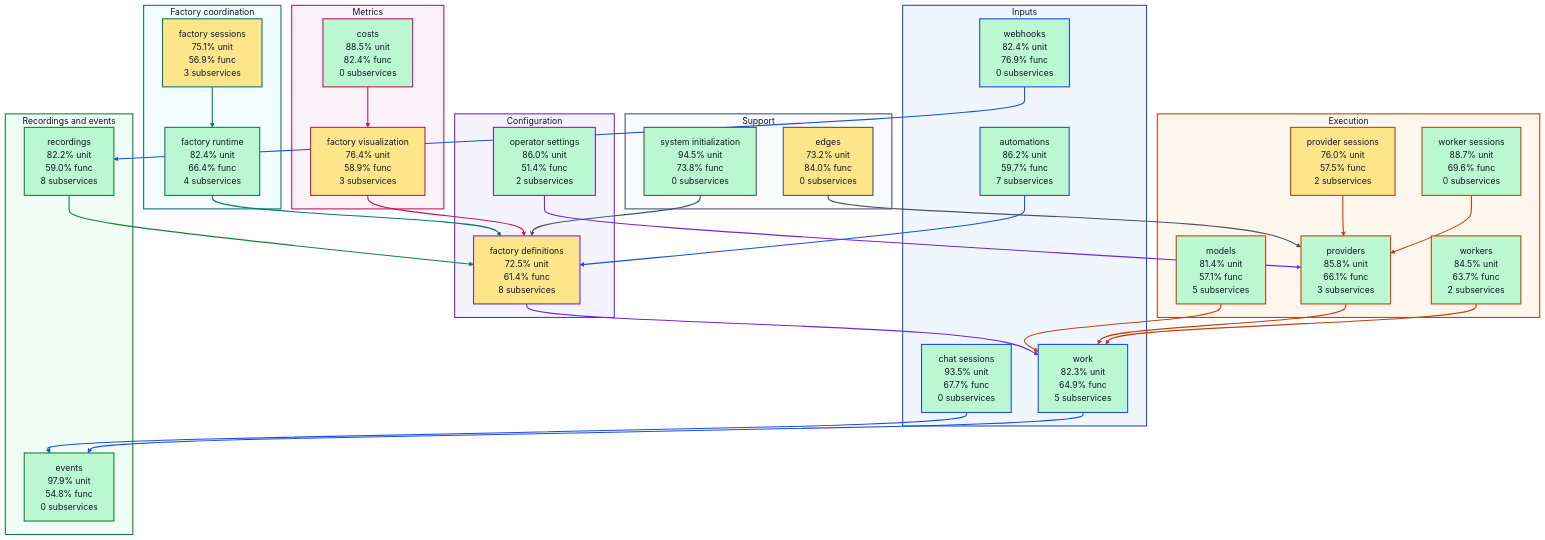
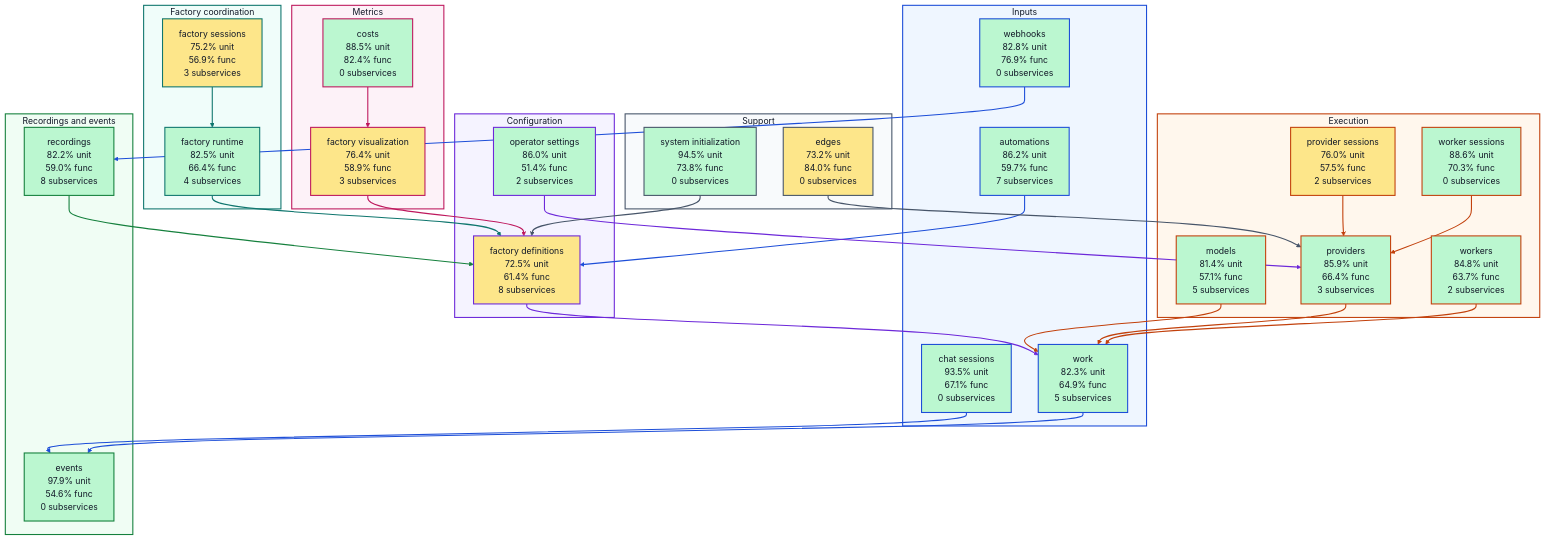
The diagram in docs/architecture/visualizations/high-level-test-coverage.md (portpowered/you-agent-factory), drawn with Mermaid before and after one commit. The commit also changed other lines of this file and 20 other files, not shown here.

Commit message:
docs: refresh backend architecture visualizations

```diff
--- a/docs/architecture/visualizations/high-level-test-coverage.md
+++ b/docs/architecture/visualizations/high-level-test-coverage.md
@@ -12,8 +12,8 @@
 flowchart TB
   subgraph input["Inputs"]
     s_services_automations["automations<br/>86.2% unit<br/>59.7% func<br/>7 subservices"]
-    s_services_chat_sessions["chat sessions<br/>93.5% unit<br/>67.7% func<br/>0 subservices"]
-    s_services_webhooks["webhooks<br/>82.4% unit<br/>76.9% func<br/>0 subservices"]
+    s_services_chat_sessions["chat sessions<br/>93.5% unit<br/>67.1% func<br/>0 subservices"]
+    s_services_webhooks["webhooks<br/>82.8% unit<br/>76.9% func<br/>0 subservices"]
     s_services_work["work<br/>82.3% unit<br/>64.9% func<br/>5 subservices"]
   end
   subgraph configuration["Configuration"]
@@ -21,18 +21,18 @@
     s_services_operator_settings["operator settings<br/>86.0% unit<br/>51.4% func<br/>2 subservices"]
   end
   subgraph coordination["Factory coordination"]
-    s_services_factory_runtime["factory runtime<br/>82.4% unit<br/>66.4% func<br/>4 subservices"]
-    s_services_factory_sessions["factory sessions<br/>75.1% unit<br/>56.9% func<br/>3 subservices"]
+    s_services_factory_runtime["factory runtime<br/>82.5% unit<br/>66.4% func<br/>4 subservices"]
+    s_services_factory_sessions["factory sessions<br/>75.2% unit<br/>56.9% func<br/>3 subservices"]
   end
   subgraph execution["Execution"]
     s_services_models["models<br/>81.4% unit<br/>57.1% func<br/>5 subservices"]
     s_services_provider_sessions["provider sessions<br/>76.0% unit<br/>57.5% func<br/>2 subservices"]
-    s_services_providers["providers<br/>85.8% unit<br/>66.1% func<br/>3 subservices"]
-    s_services_worker_sessions["worker sessions<br/>88.7% unit<br/>69.6% func<br/>0 subservices"]
-    s_services_workers["workers<br/>84.5% unit<br/>63.7% func<br/>2 subservices"]
+    s_services_providers["providers<br/>85.9% unit<br/>66.4% func<br/>3 subservices"]
+    s_services_worker_sessions["worker sessions<br/>88.6% unit<br/>70.3% func<br/>0 subservices"]
+    s_services_workers["workers<br/>84.8% unit<br/>63.7% func<br/>2 subservices"]
   end
   subgraph recordings["Recordings and events"]
-    s_services_events["events<br/>97.9% unit<br/>54.8% func<br/>0 subservices"]
+    s_services_events["events<br/>97.9% unit<br/>54.6% func<br/>0 subservices"]
     s_services_recordings["recordings<br/>82.2% unit<br/>59.0% func<br/>8 subservices"]
   end
   subgraph metrics["Metrics"]
```
